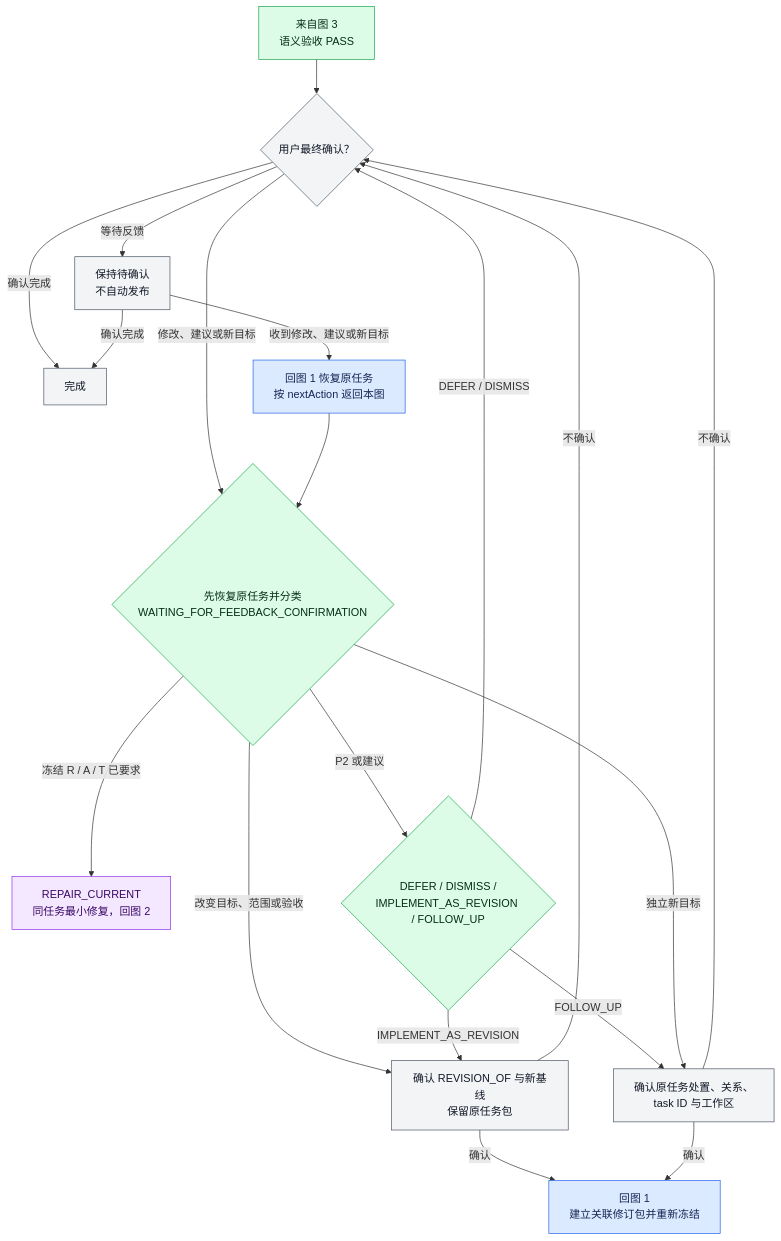
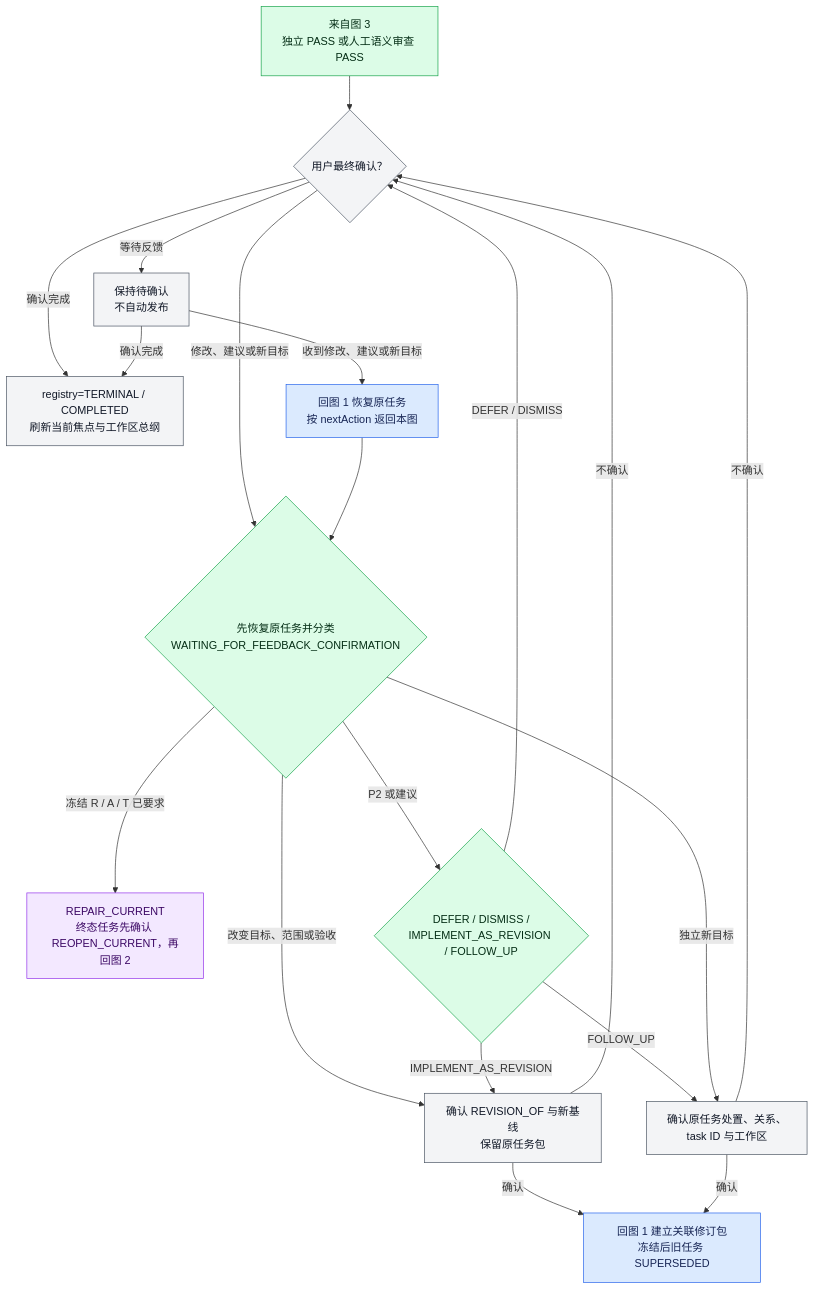
The fifth of 5 diagrams in skills/gated-ai-dev-loop/references/workflow.md (feng123321li/gated-ai-dev-loop), drawn with Mermaid before and after one commit. The commit also changed other lines of this file and 15 other files, not shown here.

````diff
--- a/skills/gated-ai-dev-loop/references/workflow.md
+++ b/skills/gated-ai-dev-loop/references/workflow.md
@@ -192,34 +200,34 @@
 ```mermaid
 flowchart TD
-    START["来自图 3<br/>语义验收 PASS"] --> FINAL_CONFIRM{"用户最终确认？"}
-    FINAL_CONFIRM -->|确认完成| COMPLETE["完成"]
+    START["来自图 3<br/>独立 PASS 或人工语义审查 PASS"] --> FINAL_CONFIRM{"用户最终确认？"}
+    FINAL_CONFIRM -->|确认完成| COMPLETE["registry=TERMINAL / COMPLETED<br/>刷新当前焦点与工作区总纲"]
     FINAL_CONFIRM -->|等待反馈| WAIT["保持待确认<br/>不自动发布"]
     FINAL_CONFIRM -->|修改、建议或新目标| FEEDBACK{"先恢复原任务并分类<br/>WAITING_FOR_FEEDBACK_CONFIRMATION"}
 
-    FEEDBACK -->|冻结 R / A / T 已要求| REPAIR_CURRENT["REPAIR_CURRENT<br/>同任务最小修复，回图 2"]
+    FEEDBACK -->|冻结 R / A / T 已要求| REPAIR_CURRENT["REPAIR_CURRENT<br/>终态任务先确认 REOPEN_CURRENT，再回图 2"]
     FEEDBACK -->|改变目标、范围或验收| REVISION_CONFIRM["确认 REVISION_OF 与新基线<br/>保留原任务包"]
-    REVISION_CONFIRM -->|确认| HOST["回图 1<br/>建立关联修订包并重新冻结"]
+    REVISION_CONFIRM -->|确认| HOST["回图 1 建立关联修订包<br/>冻结后旧任务 SUPERSEDED"]
     REVISION_CONFIRM -->|不确认| FINAL_CONFIRM
 
     FEEDBACK -->|P2 或建议| SUGGESTION{"DEFER / DISMISS /<br/>IMPLEMENT_AS_REVISION / FOLLOW_UP"}
     SUGGESTION -->|DEFER / DISMISS| FINAL_CONFIRM
     SUGGESTION -->|IMPLEMENT_AS_REVISION| REVISION_CONFIRM
     SUGGESTION -->|FOLLOW_UP| NEW_TASK_CONFIRM["确认原任务处置、关系、<br/>task ID 与工作区"]
 
     FEEDBACK -->|独立新目标| NEW_TASK_CONFIRM
     NEW_TASK_CONFIRM -->|确认| HOST
     NEW_TASK_CONFIRM -->|不确认| FINAL_CONFIRM
     WAIT -->|确认完成| COMPLETE
     WAIT -->|收到修改、建议或新目标| RECOVER["回图 1 恢复原任务<br/>按 nextAction 返回本图"]
     RECOVER --> FEEDBACK
 
     classDef host fill:#dbeafe,stroke:#2563eb,color:#172554;
     classDef developer fill:#f3e8ff,stroke:#9333ea,color:#3b0764;
     classDef review fill:#dcfce7,stroke:#16a34a,color:#052e16;
     classDef human fill:#f3f4f6,stroke:#4b5563,color:#111827;
 
     class HOST,RECOVER host;
     class REPAIR_CURRENT developer;
     class START,FEEDBACK,SUGGESTION review;
     class FINAL_CONFIRM,COMPLETE,WAIT,REVISION_CONFIRM,NEW_TASK_CONFIRM human;
 ```
````
